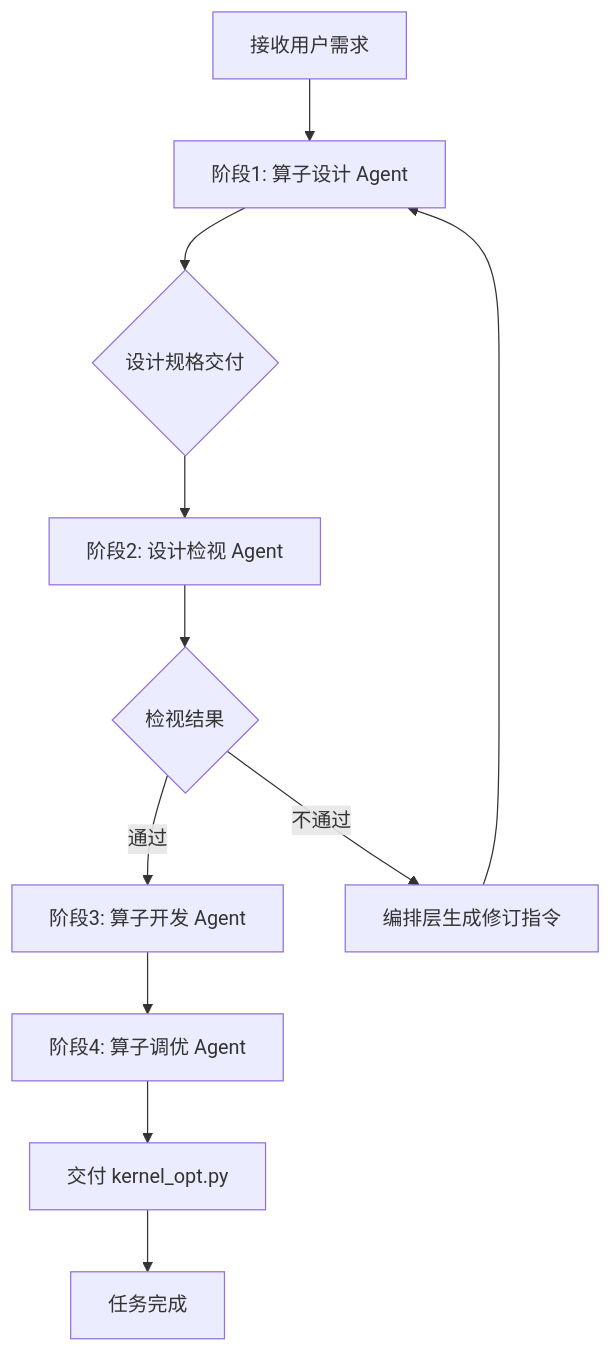
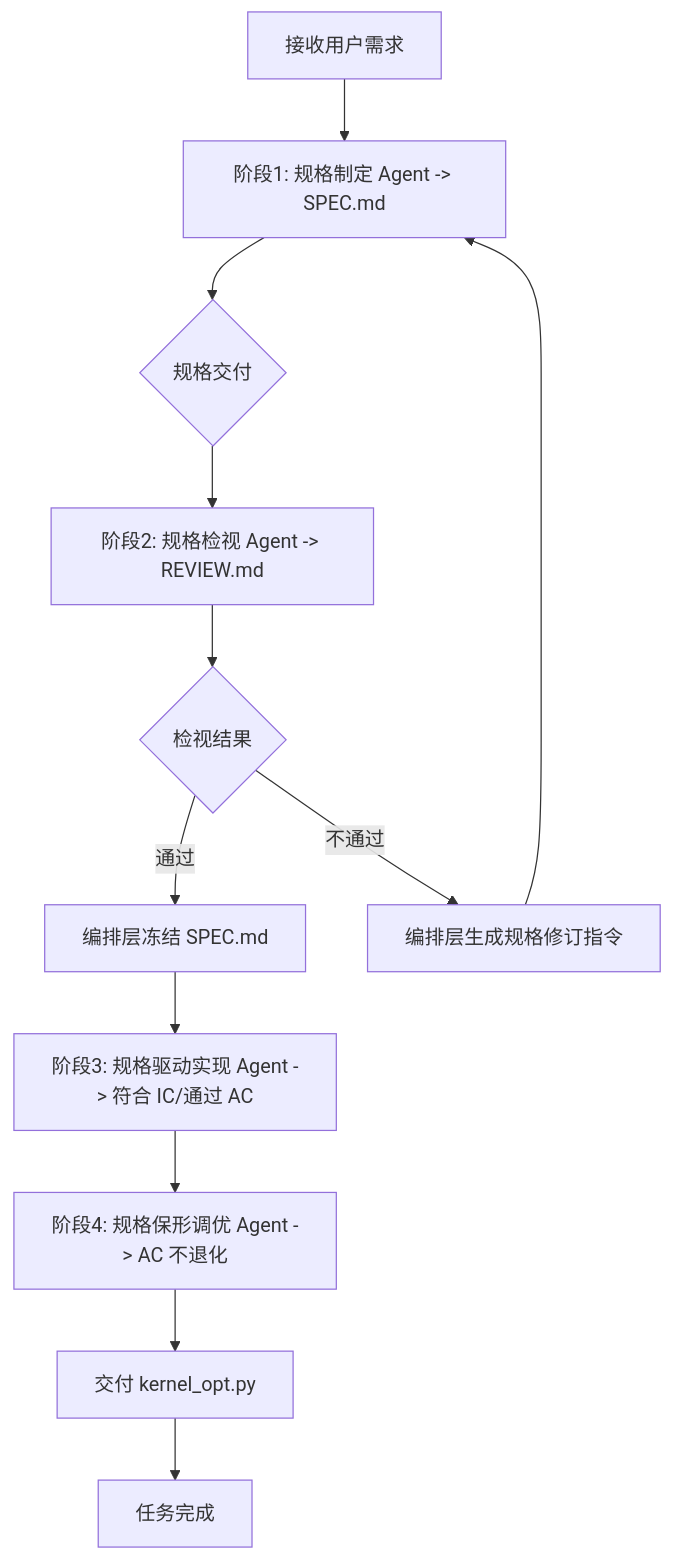
One commit to dazuozcy/tilelang-mlir-ascend changed the first of 2 diagrams in .opencode/agents/tilelang-op-conductor.md. Above: the diagram before and after it, drawn with Mermaid. The commit also changed other lines of this file and 16 other files, not shown here.

````diff
--- a/.opencode/agents/tilelang-op-conductor.md
+++ b/.opencode/agents/tilelang-op-conductor.md
@@ -36,13 +51,14 @@
 ```mermaid
 graph TD
-    A[接收用户需求] --> B[阶段1: 算子设计 Agent]
-    B --> C{设计规格交付}
-    C --> D[阶段2: 设计检视 Agent]
+    A[接收用户需求] --> B[阶段1: 规格制定 Agent -> SPEC.md]
+    B --> C{规格交付}
+    C --> D[阶段2: 规格检视 Agent -> REVIEW.md]
     D --> E{检视结果}
-    E -- 通过 --> F[阶段3: 算子开发 Agent]
-    E -- 不通过 --> G[编排层生成修订指令]
+    E -- 通过 --> FRZ[编排层冻结 SPEC.md]
+    FRZ --> F[阶段3: 规格驱动实现 Agent -> 符合 IC/通过 AC]
+    E -- 不通过 --> G[编排层生成规格修订指令]
     G --> B
-    F --> H[阶段4: 算子调优 Agent]
+    F --> H[阶段4: 规格保形调优 Agent -> AC 不退化]
     H --> I[交付 kernel_opt.py]
     I --> J[任务完成]
 ```
````
